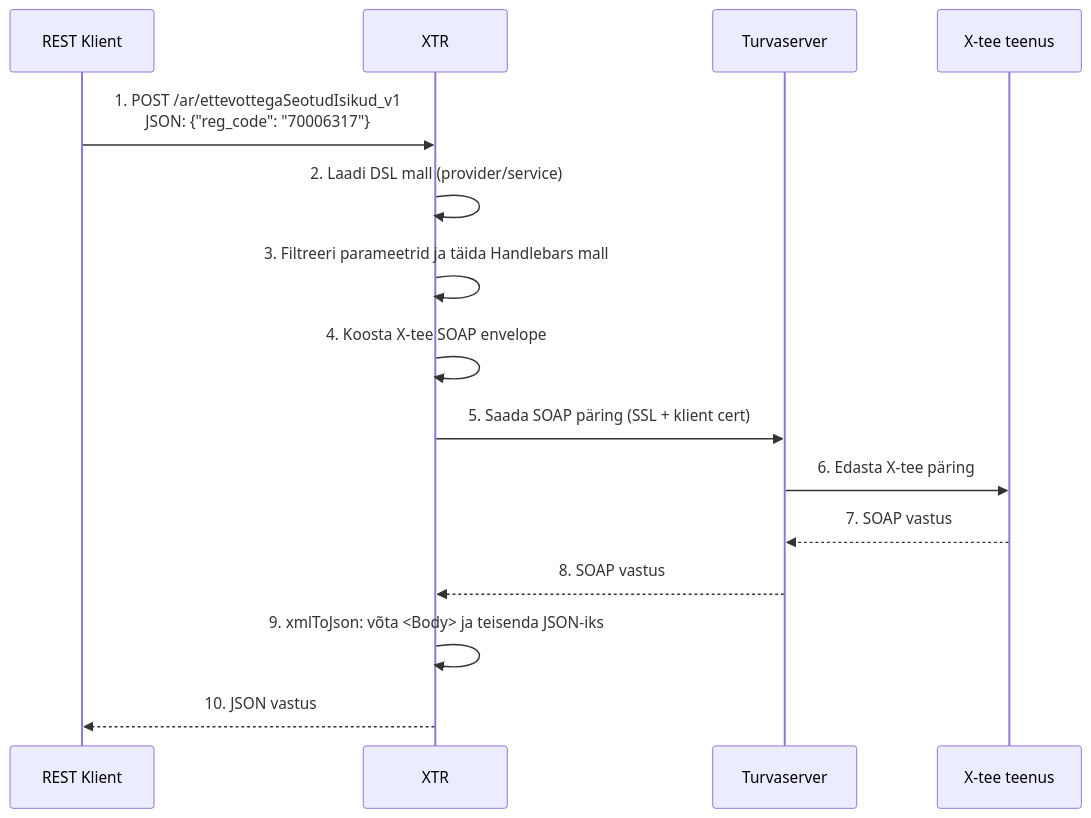
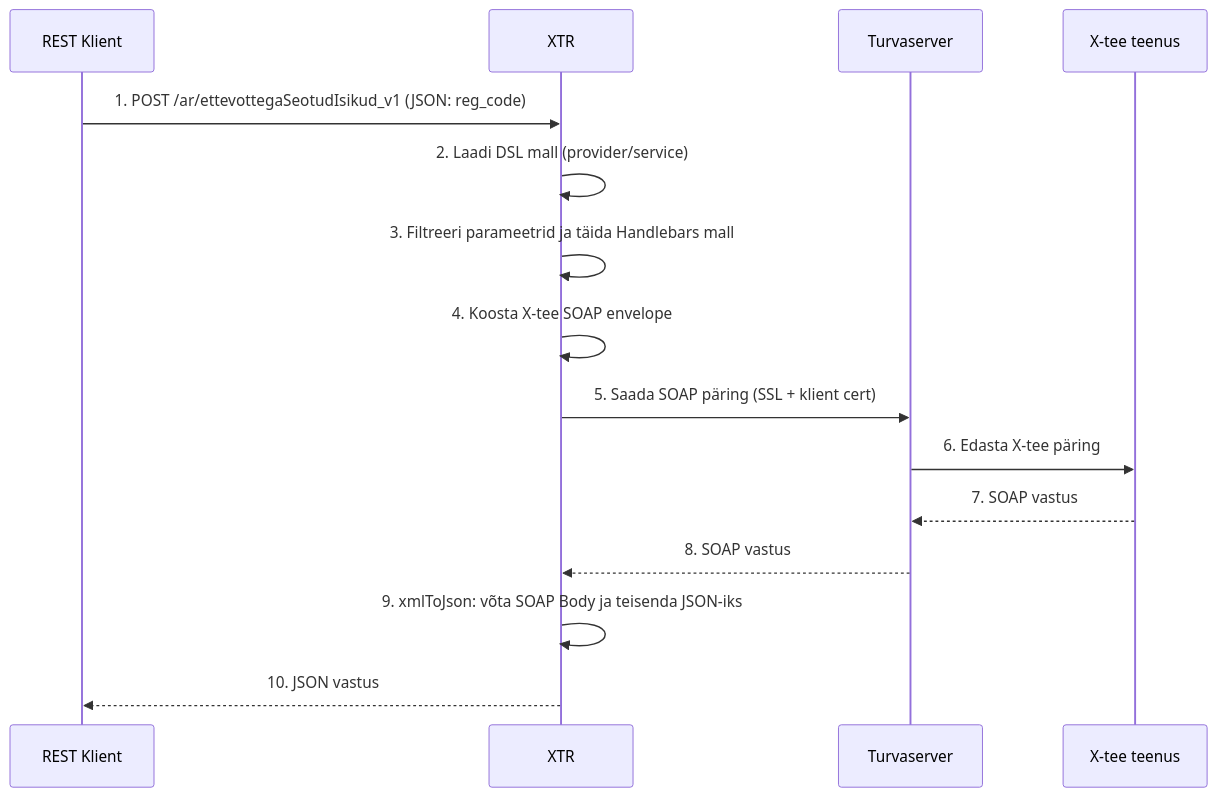
Before and after one commit to kemit-ee/ljvis-2: the second of 4 diagrams in docs/xtee_implementatsioon.md, drawn with Mermaid. The commit also changed other lines of this file, not shown here.

Commit message:
docs(xtee): fix Mermaid diagram validation errors

````diff
--- a/docs/xtee_implementatsioon.md
+++ b/docs/xtee_implementatsioon.md
@@ -61,18 +61,18 @@
 ```mermaid
 sequenceDiagram
     participant Klient as REST Klient
     participant XTR as XTR
     participant TS as Turvaserver
     participant XT as X-tee teenus
 
-    Klient->>XTR: 1. POST /ar/ettevottegaSeotudIsikud_v1<br/>JSON: {"reg_code": "70006317"}
+    Klient->>XTR: 1. POST /ar/ettevottegaSeotudIsikud_v1 (JSON: reg_code)
     XTR->>XTR: 2. Laadi DSL mall (provider/service)
     XTR->>XTR: 3. Filtreeri parameetrid ja täida Handlebars mall
     XTR->>XTR: 4. Koosta X-tee SOAP envelope
     XTR->>TS: 5. Saada SOAP päring (SSL + klient cert)
     TS->>XT: 6. Edasta X-tee päring
     XT-->>TS: 7. SOAP vastus
     TS-->>XTR: 8. SOAP vastus
-    XTR->>XTR: 9. xmlToJson: võta <Body> ja teisenda JSON-iks
+    XTR->>XTR: 9. xmlToJson: võta SOAP Body ja teisenda JSON-iks
     XTR-->>Klient: 10. JSON vastus
 ```
````
